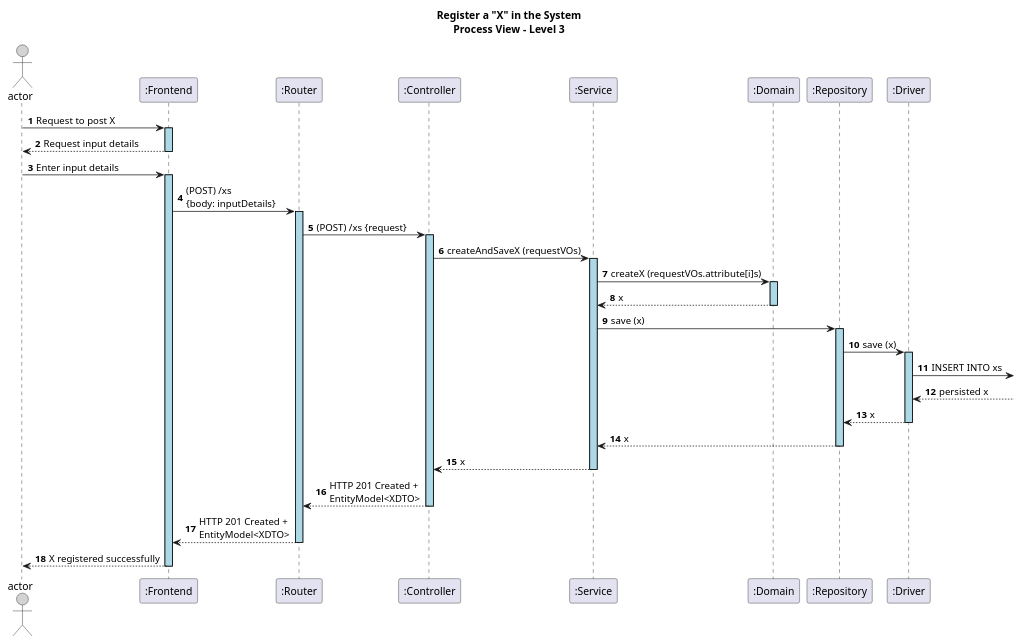
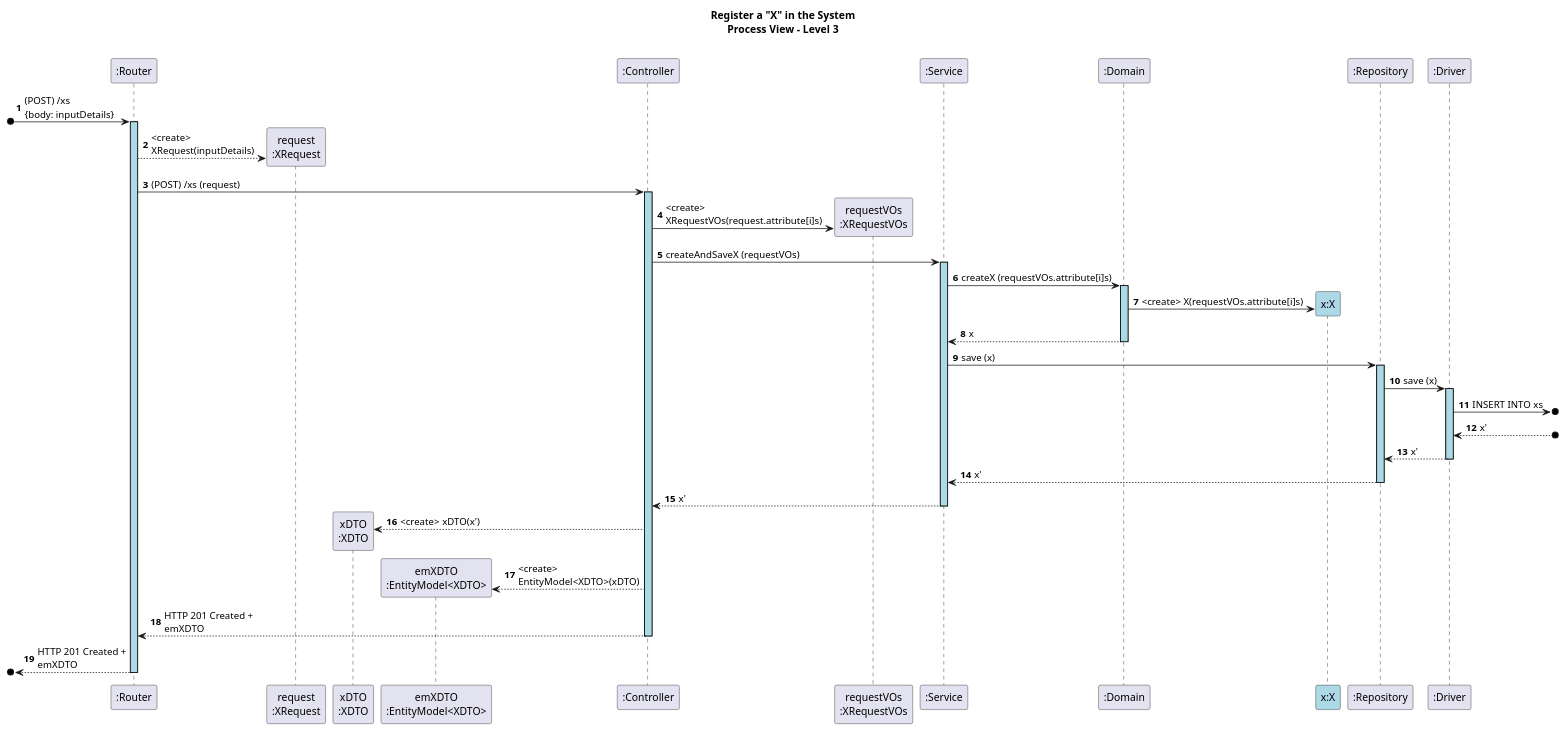
The diagram in docs/US05/sprint7/ProcessView/POST_ProcessView_Level3.puml (GasparISEP/DevOps-PAI), drawn with PlantUML before and after one commit.

Commit message:
doc:refactor processView level 3 (#644)

```diff
--- a/docs/US05/sprint7/ProcessView/POST_ProcessView_Level3.puml
+++ b/docs/US05/sprint7/ProcessView/POST_ProcessView_Level3.puml
@@ -1,56 +1,59 @@
 @startuml
 autonumber
 
 skinparam sequence {
     LifelineBorderColor black
     LifelineBackgroundColor LightBlue
     ActorBorderColor black
     ActorBackgroundColor LightGray
     GroupBorderColor #cccccc
     GroupBackgroundColor #f2f2f2
 }
 
 title Register a "X" in the System\nProcess View – Level 3
 
-actor "actor" as ADM
-participant ":Frontend" as FE
 participant ":Router" as RT
+participant "request\n:XRequest" as request
+participant "xDTO\n:XDTO" as XDTO
+participant "emXDTO\n:EntityModel<XDTO>" as emXDTO
 participant ":Controller" as CT
+participant "requestVOs\n:XRequestVOs" as requestVOs
 participant ":Service" as SE
 participant ":Domain" as DM
+participant "x:X" as X #lightBlue
 participant ":Repository" as RE
 participant ":Driver" as DV
 
 
-ADM -> FE ++: Request to post X
-FE --> ADM --: Request input details
-ADM -> FE ++: Enter input details
-FE -> RT ++: (POST) /xs \n{body: inputDetails}
-RT -> CT ++: (POST) /xs {request}
+[o-> RT ++: (POST) /xs \n{body: inputDetails}
+RT --> request **: <create> \nXRequest(inputDetails)
+RT -> CT ++: (POST) /xs (request)
+CT -> requestVOs **: <create> \nXRequestVOs(request.attribute[i]s)
 
 
 CT -> SE ++: createAndSaveX (requestVOs)
 
 
 SE -> DM ++: createX (requestVOs.attribute[i]s)
+DM -> X **: <create> X(requestVOs.attribute[i]s)
 DM --> SE --: x
 
 
 
 SE -> RE ++: save (x)
 RE -> DV++: save (x)
-DV ->: INSERT INTO xs
-DV <--: persisted x
-DV --> RE -- : x
-RE --> SE --: x
+DV ->o]: INSERT INTO xs
+DV <--o]: x'
+DV --> RE -- : x'
+RE --> SE --: x'
 
 
-SE --> CT --: x
+SE --> CT --: x'
+CT --> XDTO **: <create> xDTO(x')
+CT --> emXDTO **: <create> \nEntityModel<XDTO>(xDTO)
 
-
-CT --> RT --: HTTP 201 Created + \nEntityModel<XDTO>
-RT --> FE --: HTTP 201 Created + \nEntityModel<XDTO>
-FE --> ADM --: X registered successfully
+CT --> RT --: HTTP 201 Created + \nemXDTO
+[o<-- RT --: HTTP 201 Created + \nemXDTO
 
 
 @enduml
```
